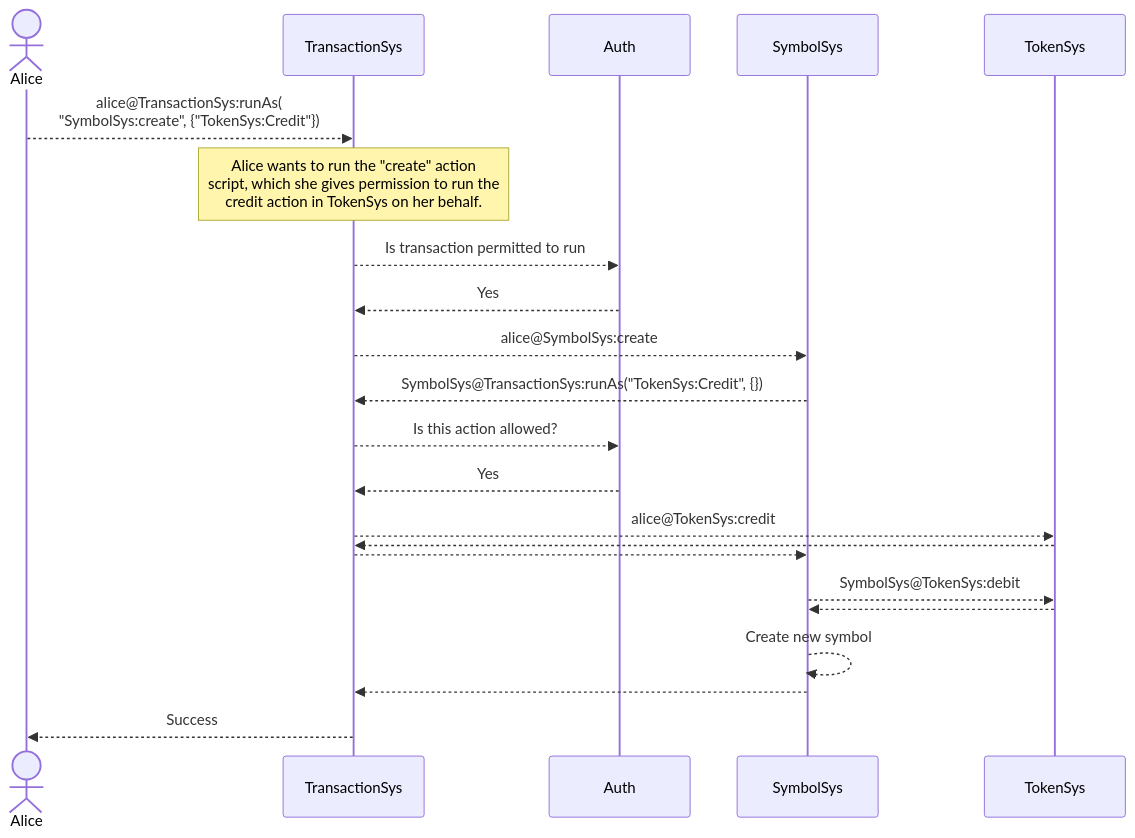
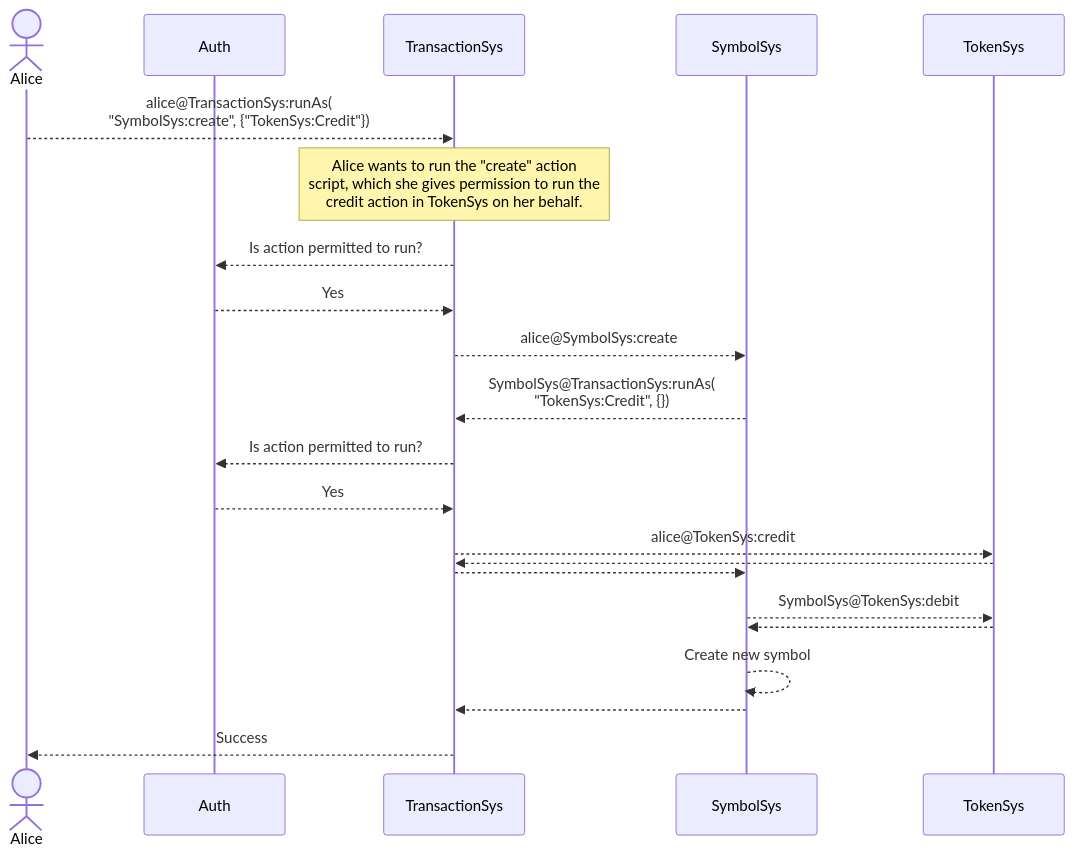
One commit to gofractally/psibase changed the diagram in doc/diagrams/action-scripts.md. Above: the diagram before and after it, drawn with Mermaid.

Commit message:
action script diagram formatting

````diff
--- a/doc/diagrams/action-scripts.md
+++ b/doc/diagrams/action-scripts.md
@@ -1,23 +1,27 @@
 ```mermaid
 sequenceDiagram
 
 actor Alice
+participant Auth
+participant TransactionSys
+participant SymbolSys
+participant TokenSys
 
 Alice-->>TransactionSys: alice@TransactionSys:runAs( <br>"SymbolSys:create", {"TokenSys:Credit"}) 
 Note over TransactionSys: Alice wants to run the "create" action<br>script, which she gives permission to run the<br> credit action in TokenSys on her behalf.
-TransactionSys-->>Auth: Is transaction permitted to run
+TransactionSys-->>Auth: Is action permitted to run?
 Auth-->>TransactionSys: Yes
 TransactionSys-->>SymbolSys: alice@SymbolSys:create
-SymbolSys-->>TransactionSys: SymbolSys@TransactionSys:runAs("TokenSys:Credit", {})
-TransactionSys-->>Auth: Is this action allowed?
+SymbolSys-->>TransactionSys: SymbolSys@TransactionSys:runAs(<br>"TokenSys:Credit", {})
+TransactionSys-->>Auth: Is action permitted to run?
 Auth-->>TransactionSys: Yes
 TransactionSys-->>TokenSys: alice@TokenSys:credit
 TokenSys-->>TransactionSys: 
 TransactionSys-->>SymbolSys: 
 SymbolSys-->>TokenSys: SymbolSys@TokenSys:debit
 TokenSys-->>SymbolSys: 
 SymbolSys-->>SymbolSys: Create new symbol
 SymbolSys-->>TransactionSys: 
 TransactionSys-->>Alice: Success
 
 ```
````
